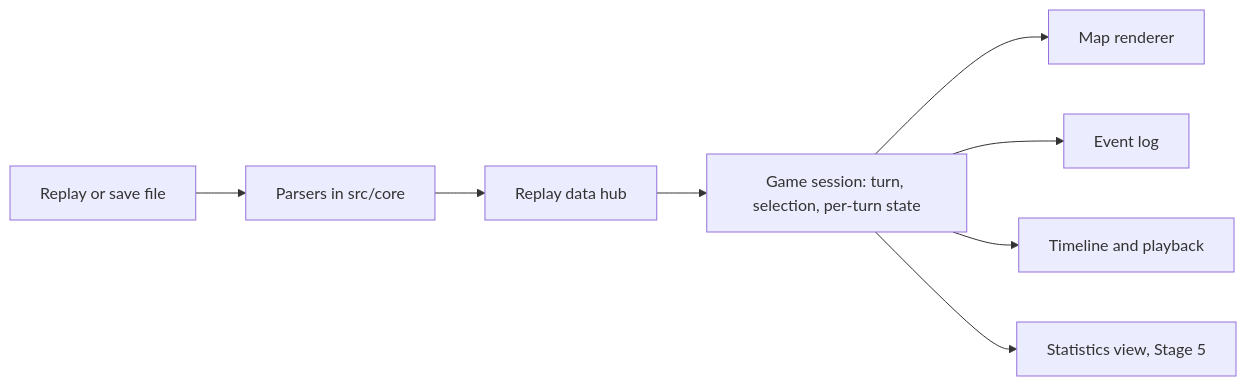
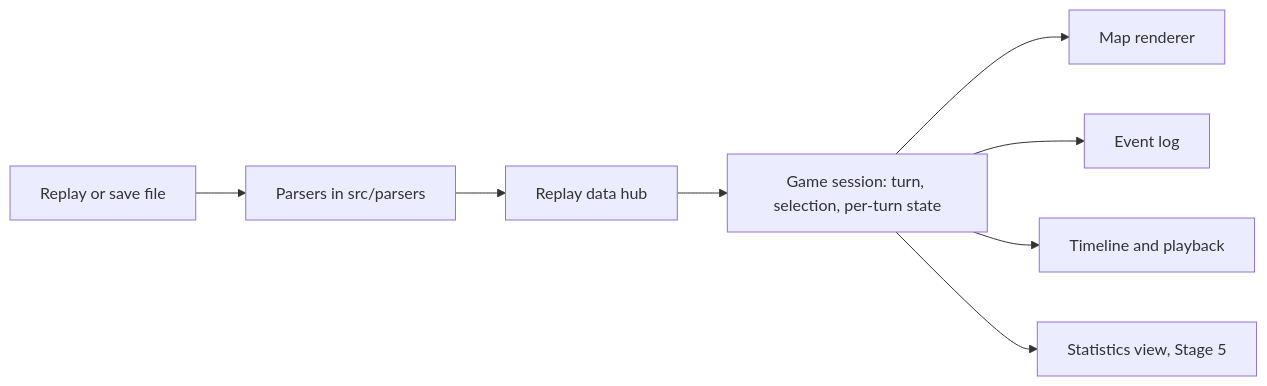
One commit to CIVITAS-John/vox-deorum-replay changed the diagram in docs/frontend-redesign-plan.md. Above: the diagram before and after it, drawn with Mermaid. The commit also changed other lines of this file and 40 other files, not shown here.

````diff
--- a/docs/frontend-redesign-plan.md
+++ b/docs/frontend-redesign-plan.md
@@ -35,10 +35,10 @@
 ```mermaid
 flowchart LR
-  File[Replay or save file] --> Parsers[Parsers in src/core]
+  File[Replay or save file] --> Parsers[Parsers in src/parsers]
   Parsers --> Replay[Replay data hub]
   Replay --> Session[Game session: turn, selection, per-turn state]
   Session --> Map[Map renderer]
   Session --> Events[Event log]
   Session --> Timeline[Timeline and playback]
   Session --> Stats[Statistics view, Stage 5]
 ```
````
